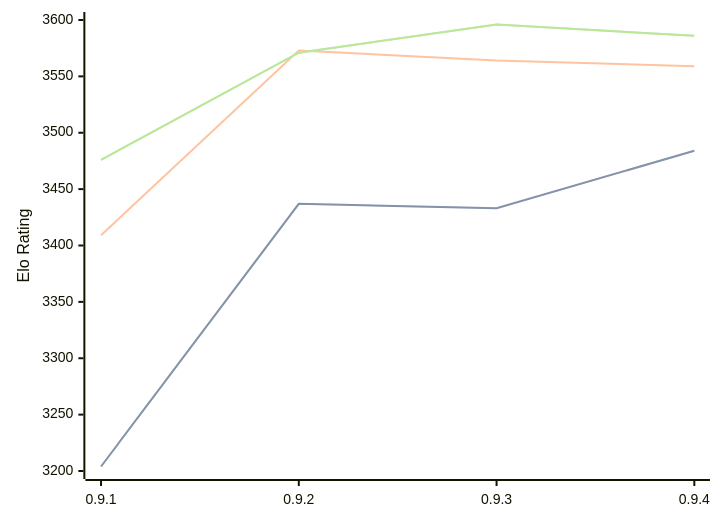
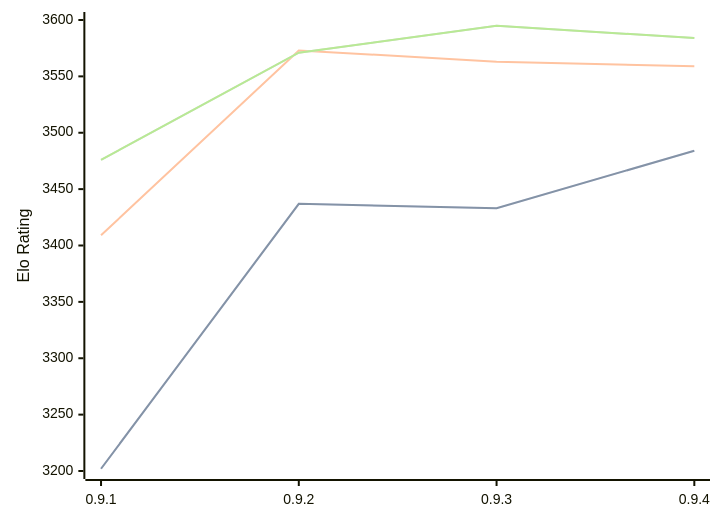
One commit to computer-chess-index/cci changed the diagram in engines/Coda.md. Above: the diagram before and after it, drawn with Mermaid. The commit also changed other lines of this file, not shown here.

Commit message:
Update CCI Ratings (ELO VLTC) - 2026-09-11

````diff
--- a/engines/Coda.md
+++ b/engines/Coda.md
@@ -34,11 +34,11 @@
 ```mermaid
 %%{init: {"theme":"base","themeVariables":{"seriesColors:['#a3a3a3','#222221','#faa371']}}}%%
 xychart-beta
   x-axis ["0.9.1", "0.9.2", "0.9.3", "0.9.4"]
   y-axis "Elo Rating" 3200 --> 3600
-  line "" [3204, 3437, 3433, 3484]
-  line "STC (8.0+0.08s)" [3204, 3437, 3433, 3484]
-  line "LTC (60.0+0.60s)" [3409, 3573, 3564, 3559]
-  line "" [3476, 3571, 3596, 3586]
-  line "VLTC (2m24s+1.12s)" [3476, 3571, 3596, 3586]
+  line "" [3202, 3437, 3433, 3484]
+  line "STC (8.0+0.08s)" [3202, 3437, 3433, 3484]
+  line "LTC (60.0+0.60s)" [3409, 3573, 3563, 3559]
+  line "" [3476, 3571, 3595, 3584]
+  line "VLTC (2m24s+1.12s)" [3476, 3571, 3595, 3584]
 ```
````
